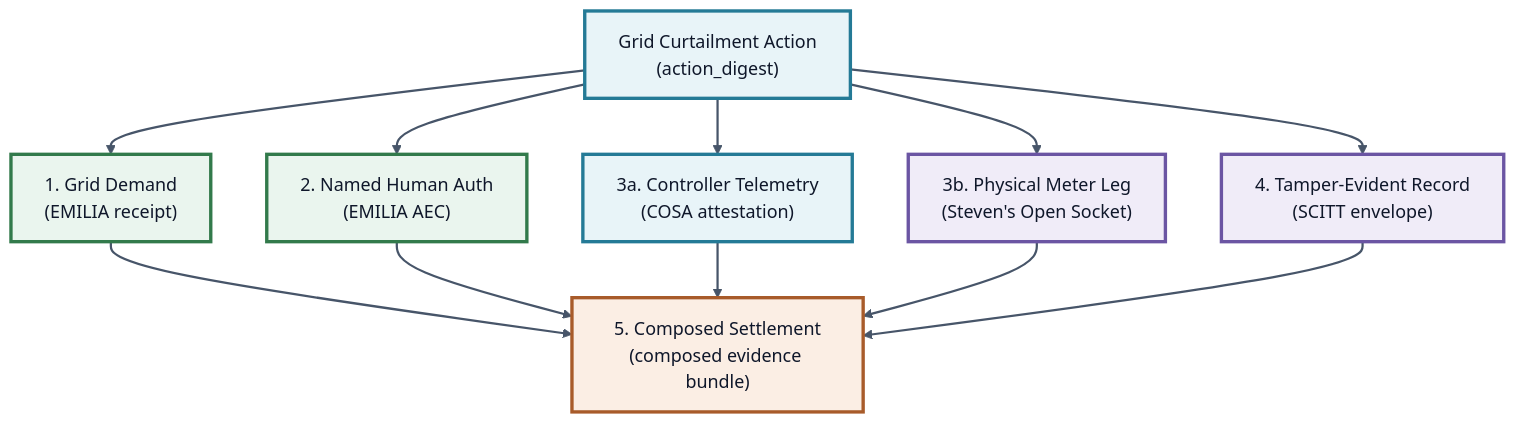
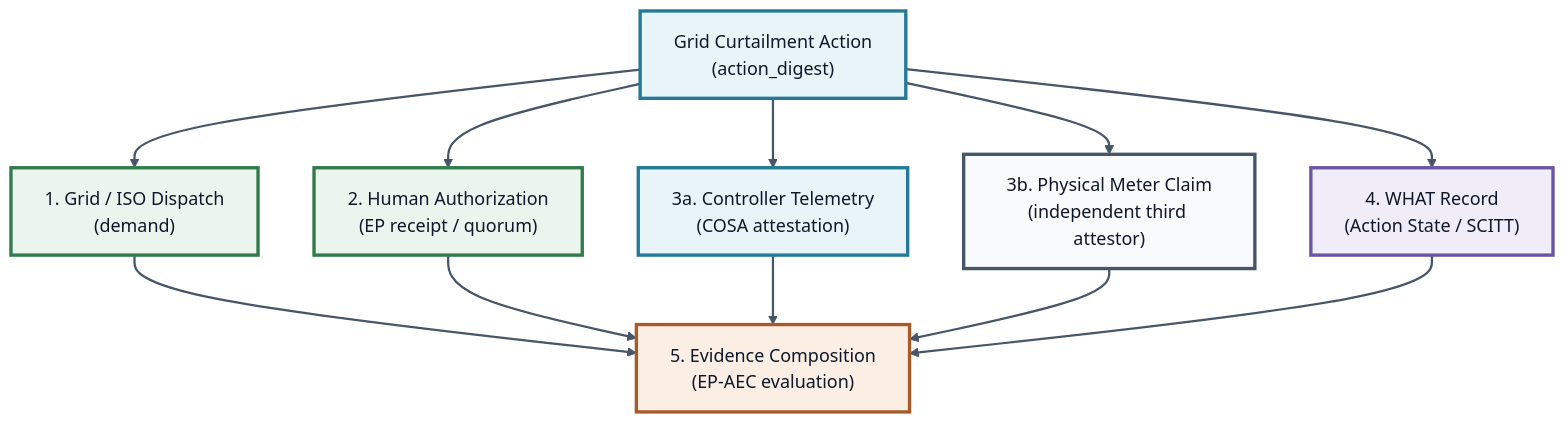
Before and after one commit to jdieselny/ecr-wg: the diagram in planning/CLAIM_HIERARCHY_ONE_PAGER.md, drawn with Mermaid. The commit also changed other lines of this file and 1 other file, not shown here.

Commit message:
Incorporate post-Vienna composition feedback

````diff
--- a/planning/CLAIM_HIERARCHY_ONE_PAGER.md
+++ b/planning/CLAIM_HIERARCHY_ONE_PAGER.md
@@ -10,30 +10,31 @@
 ```mermaid
 graph TD
     %% ECR-WG palette: high-contrast strokes and restrained fills for projection and print.
     linkStyle default stroke:#475569,stroke-width:2px;
     classDef cosa fill:#E8F4F8,stroke:#247A96,stroke-width:3px,color:#0F172A;
     classDef emilia fill:#EAF5EE,stroke:#327A4B,stroke-width:3px,color:#0F172A;
     classDef actionstate fill:#F0ECF8,stroke:#6B55A3,stroke-width:3px,color:#0F172A;
     classDef settlement fill:#FBEEE4,stroke:#A85B2A,stroke-width:3px,color:#0F172A;
+    classDef meter fill:#F8FAFC,stroke:#475569,stroke-width:3px,color:#0F172A;
 
     EVENT["Grid Curtailment Action<br>(action_digest)"]:::cosa
     
-    L1["1. Grid Demand<br>(EMILIA receipt)"]:::emilia
-    L2["2. Named Human Auth<br>(EMILIA AEC)"]:::emilia
+    L1["1. Grid / ISO Dispatch<br>(demand)"]:::emilia
+    L2["2. Human Authorization<br>(EP receipt / quorum)"]:::emilia
     L3a["3a. Controller Telemetry<br>(COSA attestation)"]:::cosa
-    L3b["3b. Physical Meter Leg<br>(Steven's Open Socket)"]:::actionstate
-    L4["4. Tamper-Evident Record<br>(SCITT envelope)"]:::actionstate
-    L5["5. Composed Settlement<br>(composed evidence bundle)"]:::settlement
+    L3b["3b. Physical Meter Claim<br>(independent third attestor)"]:::meter
+    L4["4. WHAT Record<br>(Action State / SCITT)"]:::actionstate
+    L5["5. Evidence Composition<br>(EP-AEC evaluation)"]:::settlement
 
     EVENT --> L1
     EVENT --> L2
     EVENT --> L3a
     EVENT --> L3b
     EVENT --> L4
     
     L1 --> L5
     L2 --> L5
     L3a --> L5
     L3b --> L5
     L4 --> L5
 ```
````
